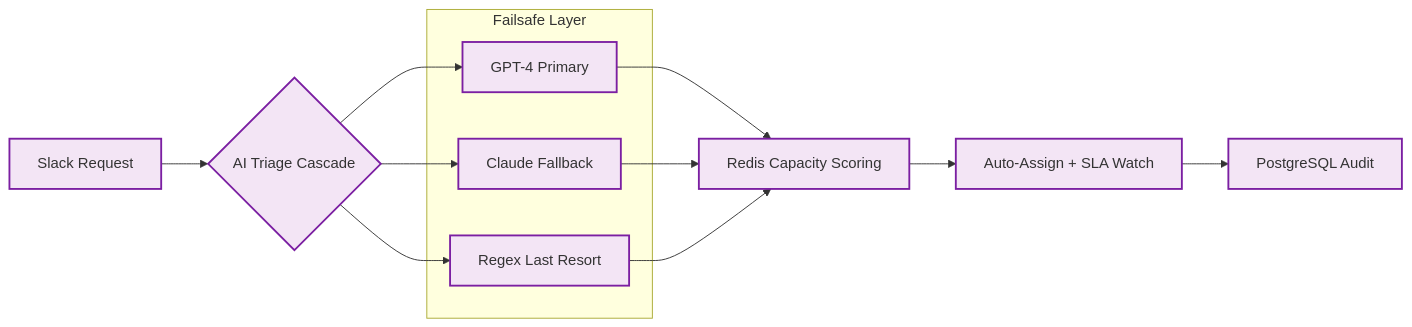
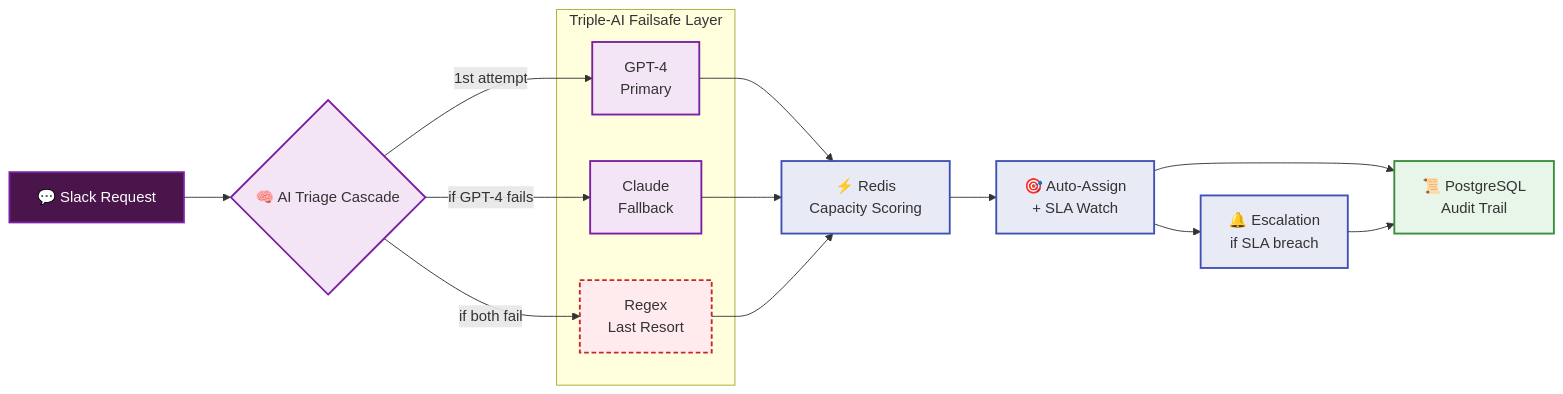
One commit to mdsadrhoman123-stack/flowdesk changed the diagram in README.md. Above: the diagram before and after it, drawn with Mermaid. The commit also changed other lines of this file, not shown here.

````diff
--- a/README.md
+++ b/README.md
@@ -22,23 +61,29 @@
 ```mermaid
 flowchart LR
-    classDef purple fill:#f3e5f5,stroke:#7b1fa2,stroke-width:2px;
-    
-    Start[Slack Request]:::purple --> Triage{AI Triage Cascade}:::purple
-    
-    subgraph Failsafe [Failsafe Layer]
-    GPT[GPT-4 Primary]:::purple
-    Claude[Claude Fallback]:::purple
-    Regex[Regex Last Resort]:::purple
+    classDef slack fill:#4A154B,stroke:#7b1fa2,stroke-width:2px,color:#fff
+    classDef ai fill:#f3e5f5,stroke:#7b1fa2,stroke-width:2px
+    classDef core fill:#e8eaf6,stroke:#3f51b5,stroke-width:2px
+    classDef data fill:#e8f5e9,stroke:#388e3c,stroke-width:2px
+    classDef fail fill:#ffebee,stroke:#c62828,stroke-width:2px,stroke-dasharray:5 3
+
+    Slack[💬 Slack Request]:::slack --> Triage{🧠 AI Triage Cascade}:::ai
+
+    subgraph Failsafe [Triple-AI Failsafe Layer]
+        GPT[GPT-4<br/>Primary]:::ai
+        Claude[Claude<br/>Fallback]:::ai
+        Regex[Regex<br/>Last Resort]:::fail
     end
-    
-    Triage --> GPT
-    Triage --> Claude
-    Triage --> Regex
-    
-    GPT --> Score[Redis Capacity Scoring]:::purple
+
+    Triage -->|1st attempt| GPT
+    Triage -->|if GPT-4 fails| Claude
+    Triage -->|if both fail| Regex
+
+    GPT --> Score[⚡ Redis<br/>Capacity Scoring]:::core
     Claude --> Score
     Regex --> Score
-    
-    Score --> Assign[Auto-Assign + SLA Watch]:::purple
-    Assign --> Audit[PostgreSQL Audit]:::purple
+
+    Score --> Assign[🎯 Auto-Assign<br/>+ SLA Watch]:::core
+    Assign --> Alert[🔔 Escalation<br/>if SLA breach]:::core
+    Assign --> Audit[📜 PostgreSQL<br/>Audit Trail]:::data
+    Alert --> Audit
 ```
````
